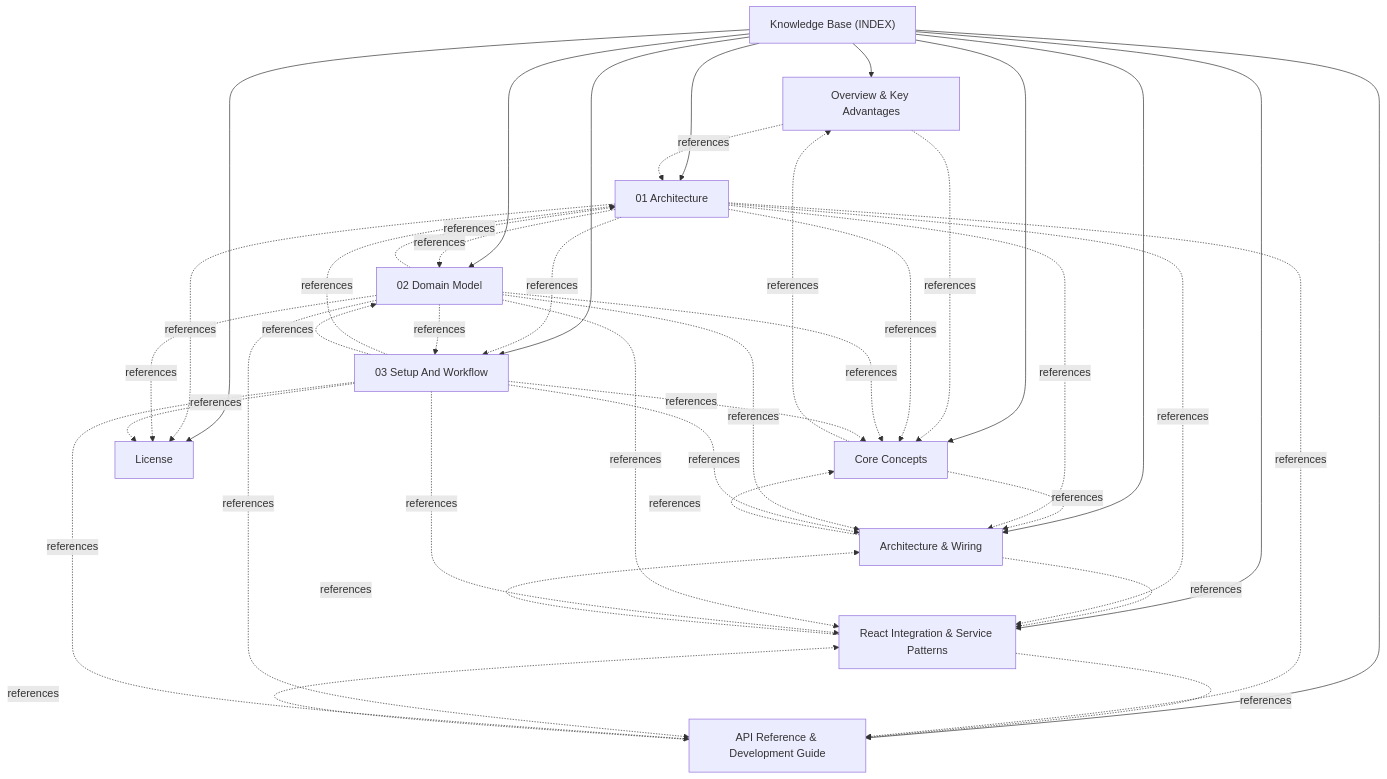
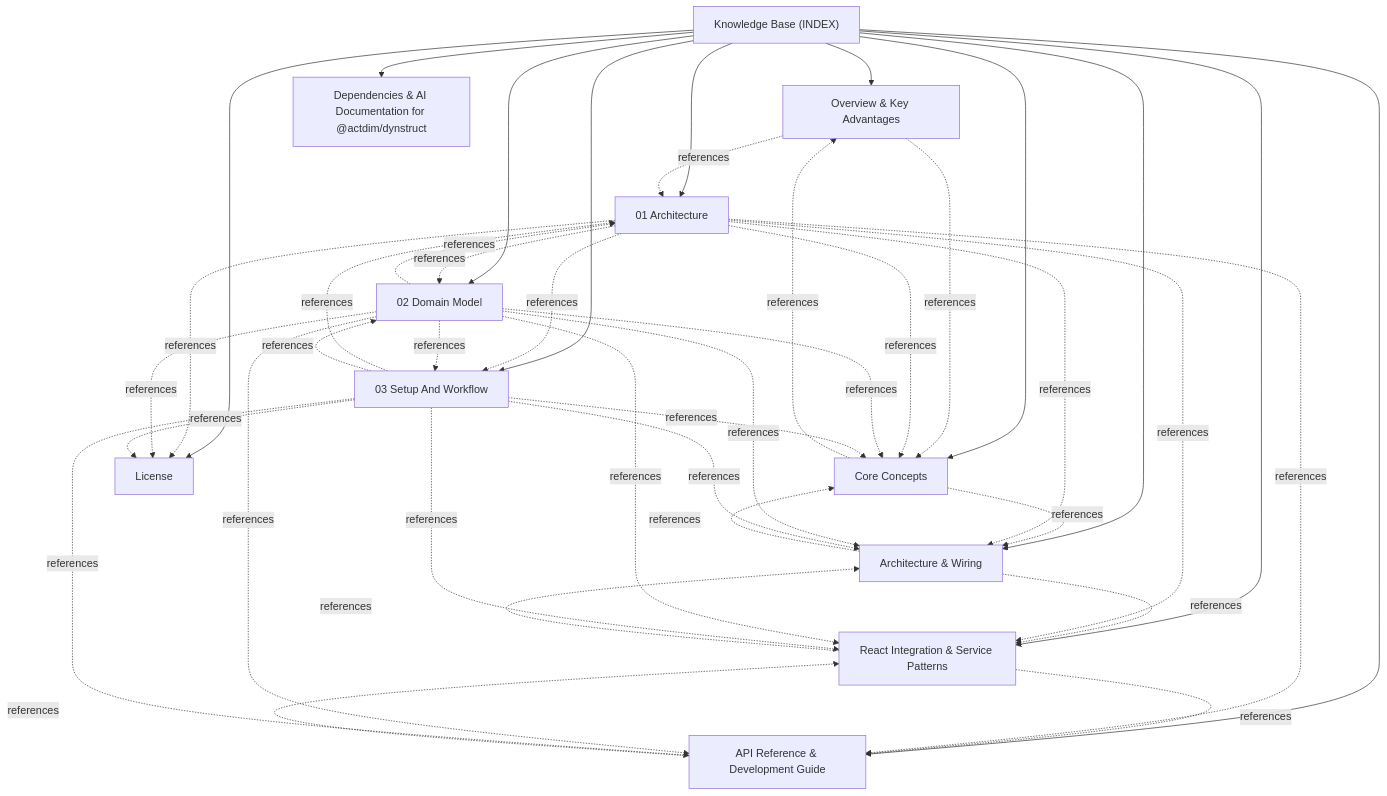
The diagram in docs/INDEX.md (actdim/dynstruct), drawn with Mermaid before and after one commit. The commit also changed other lines of this file and 29 other files, not shown here.

Commit message:
[docs--missing-architectural-features] document core architectural features and bump to v1.7.2

````diff
--- a/docs/INDEX.md
+++ b/docs/INDEX.md
@@ -17,52 +17,54 @@
 ```mermaid
 flowchart TD
     INDEX["Knowledge Base (INDEX)"]
     T_01_OVERVIEW_AND_ADVANTAGES["Overview & Key Advantages"]
     INDEX --> T_01_OVERVIEW_AND_ADVANTAGES
     T_02_CORE_CONCEPTS["Core Concepts"]
     INDEX --> T_02_CORE_CONCEPTS
     T_03__ARCHITECTURE____ARCHITECTURE_MD__AND_WIRING["Architecture & Wiring"]
     INDEX --> T_03__ARCHITECTURE____ARCHITECTURE_MD__AND_WIRING
     T_04_REACT_INTEGRATION["React Integration & Service Patterns"]
     INDEX --> T_04_REACT_INTEGRATION
     T_05_API_REFERENCE["API Reference & Development Guide"]
     INDEX --> T_05_API_REFERENCE
     T_ARCHITECTURE["01 Architecture"]
     INDEX --> T_ARCHITECTURE
+    T_DEPENDENCIES["Dependencies & AI Documentation for @actdim/dynstruct"]
+    INDEX --> T_DEPENDENCIES
     T_DOMAIN_MODEL["02 Domain Model"]
     INDEX --> T_DOMAIN_MODEL
     T_LICENSE["License"]
     INDEX --> T_LICENSE
     T_SETUP_AND_WORKFLOW["03 Setup And Workflow"]
     INDEX --> T_SETUP_AND_WORKFLOW
     T_01_OVERVIEW_AND_ADVANTAGES -.->|references| T_02_CORE_CONCEPTS
     T_01_OVERVIEW_AND_ADVANTAGES -.->|references| T_ARCHITECTURE
     T_02_CORE_CONCEPTS -.->|references| T_01_OVERVIEW_AND_ADVANTAGES
     T_02_CORE_CONCEPTS -.->|references| T_03__ARCHITECTURE____ARCHITECTURE_MD__AND_WIRING
     T_03__ARCHITECTURE____ARCHITECTURE_MD__AND_WIRING -.->|references| T_02_CORE_CONCEPTS
     T_03__ARCHITECTURE____ARCHITECTURE_MD__AND_WIRING -.->|references| T_04_REACT_INTEGRATION
     T_04_REACT_INTEGRATION -.->|references| T_03__ARCHITECTURE____ARCHITECTURE_MD__AND_WIRING
     T_04_REACT_INTEGRATION -.->|references| T_05_API_REFERENCE
     T_05_API_REFERENCE -.->|references| T_04_REACT_INTEGRATION
     T_ARCHITECTURE -.->|references| T_02_CORE_CONCEPTS
     T_ARCHITECTURE -.->|references| T_03__ARCHITECTURE____ARCHITECTURE_MD__AND_WIRING
     T_ARCHITECTURE -.->|references| T_04_REACT_INTEGRATION
     T_ARCHITECTURE -.->|references| T_05_API_REFERENCE
     T_ARCHITECTURE -.->|references| T_DOMAIN_MODEL
     T_ARCHITECTURE -.->|references| T_SETUP_AND_WORKFLOW
     T_ARCHITECTURE -.->|references| T_LICENSE
     T_DOMAIN_MODEL -.->|references| T_ARCHITECTURE
     T_DOMAIN_MODEL -.->|references| T_02_CORE_CONCEPTS
     T_DOMAIN_MODEL -.->|references| T_03__ARCHITECTURE____ARCHITECTURE_MD__AND_WIRING
     T_DOMAIN_MODEL -.->|references| T_04_REACT_INTEGRATION
     T_DOMAIN_MODEL -.->|references| T_05_API_REFERENCE
     T_DOMAIN_MODEL -.->|references| T_SETUP_AND_WORKFLOW
     T_DOMAIN_MODEL -.->|references| T_LICENSE
     T_SETUP_AND_WORKFLOW -.->|references| T_ARCHITECTURE
     T_SETUP_AND_WORKFLOW -.->|references| T_DOMAIN_MODEL
     T_SETUP_AND_WORKFLOW -.->|references| T_02_CORE_CONCEPTS
     T_SETUP_AND_WORKFLOW -.->|references| T_03__ARCHITECTURE____ARCHITECTURE_MD__AND_WIRING
     T_SETUP_AND_WORKFLOW -.->|references| T_04_REACT_INTEGRATION
     T_SETUP_AND_WORKFLOW -.->|references| T_05_API_REFERENCE
     T_SETUP_AND_WORKFLOW -.->|references| T_LICENSE
 ```
````
